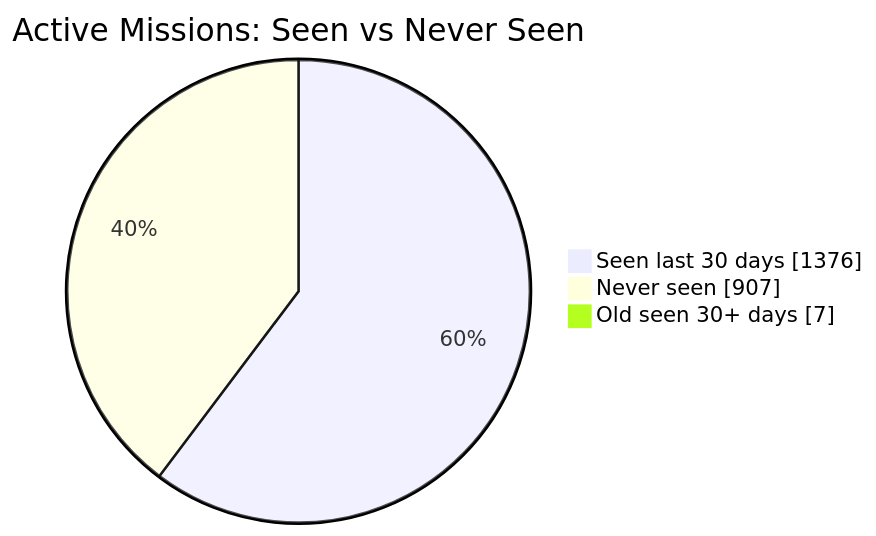
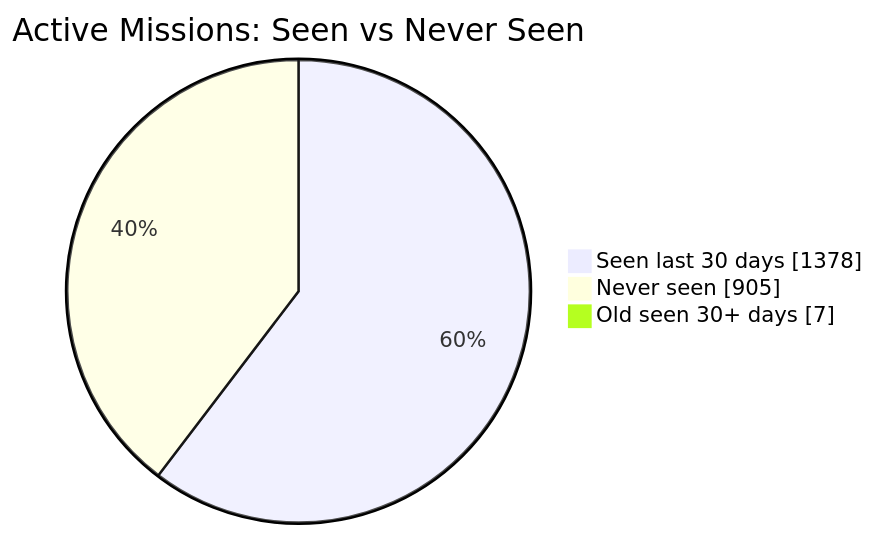
The first of 2 diagrams in README.md (MeldkamerspelGameTeam/active-missions), drawn with Mermaid before and after one commit. The commit also changed other lines of this file and 2 other files, not shown here.

````diff
--- a/README.md
+++ b/README.md
@@ -34,7 +34,7 @@
 ```mermaid
 pie showData
     title Active Missions: Seen vs Never Seen
-    "Seen last 30 days" : 1376
-    "Never seen" : 907
+    "Seen last 30 days" : 1378
+    "Never seen" : 905
     "Old seen 30+ days" : 7
 ```
````
